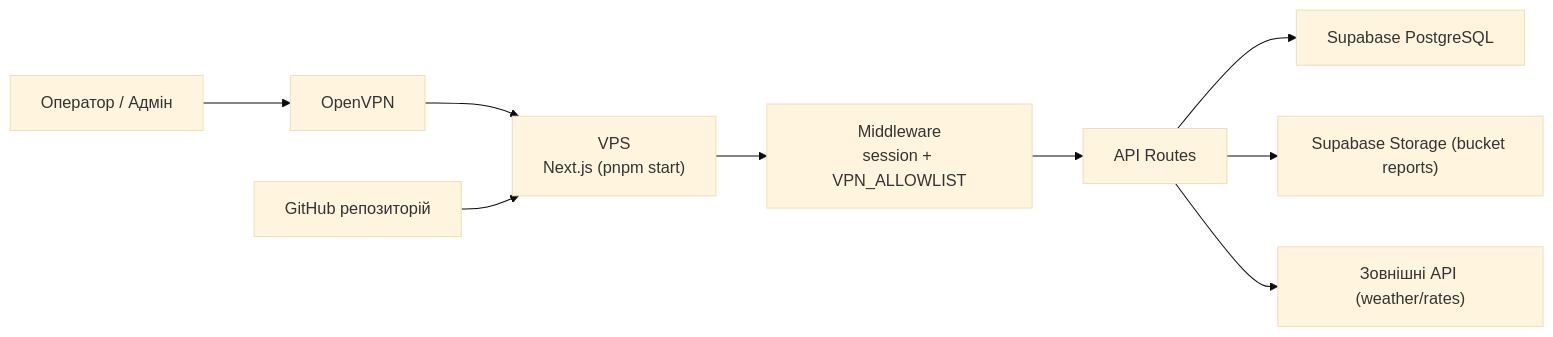
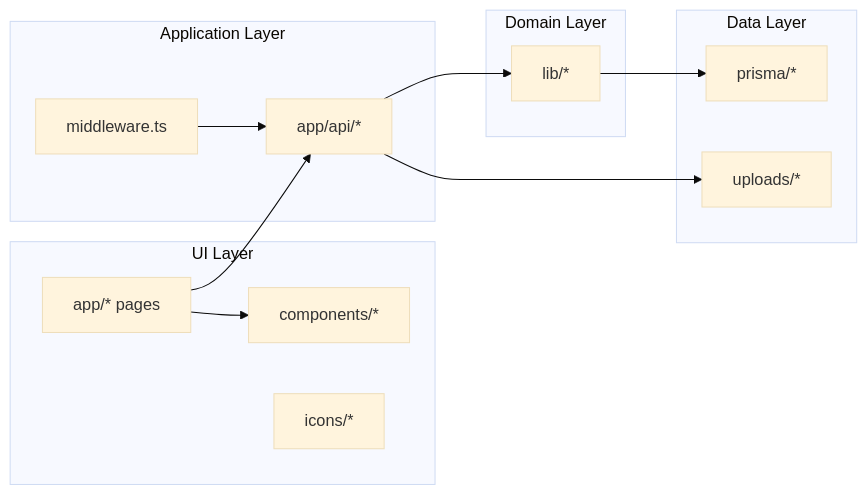
Before and after one commit to xxxquide/Agroplus_Practice: the fourth of 4 diagrams in README.md, drawn with Mermaid (base theme). The commit also changed other lines of this file, not shown here.

````diff
--- a/README.md
+++ b/README.md
@@ -169,12 +194,29 @@
 ```mermaid
 flowchart LR
-  USER["Оператор / Адмін"] --> VPN["OpenVPN"]
-  VPN --> VPS["VPS<br/>Next.js (pnpm start)"]
-  VPS --> MW["Middleware<br/>session + VPN_ALLOWLIST"]
-  MW --> API["API Routes"]
-  API --> DB["Supabase PostgreSQL"]
-  API --> ST["Supabase Storage (bucket reports)"]
-  API --> EXT["Зовнішні API (weather/rates)"]
+  subgraph UI["UI Layer"]
+    APP["app/* pages"]
+    CMP["components/*"]
+    ICO["icons/*"]
+  end
 
-  GH["GitHub репозиторій"] --> VPS
+  subgraph APPLOGIC["Application Layer"]
+    API["app/api/*"]
+    MID["middleware.ts"]
+  end
+
+  subgraph DOMAIN["Domain Layer"]
+    LIB["lib/*"]
+  end
+
+  subgraph DATA["Data Layer"]
+    PRI["prisma/*"]
+    UP["uploads/*"]
+  end
+
+  APP --> CMP
+  APP --> API
+  MID --> API
+  API --> LIB
+  LIB --> PRI
+  API --> UP
 ```
````
